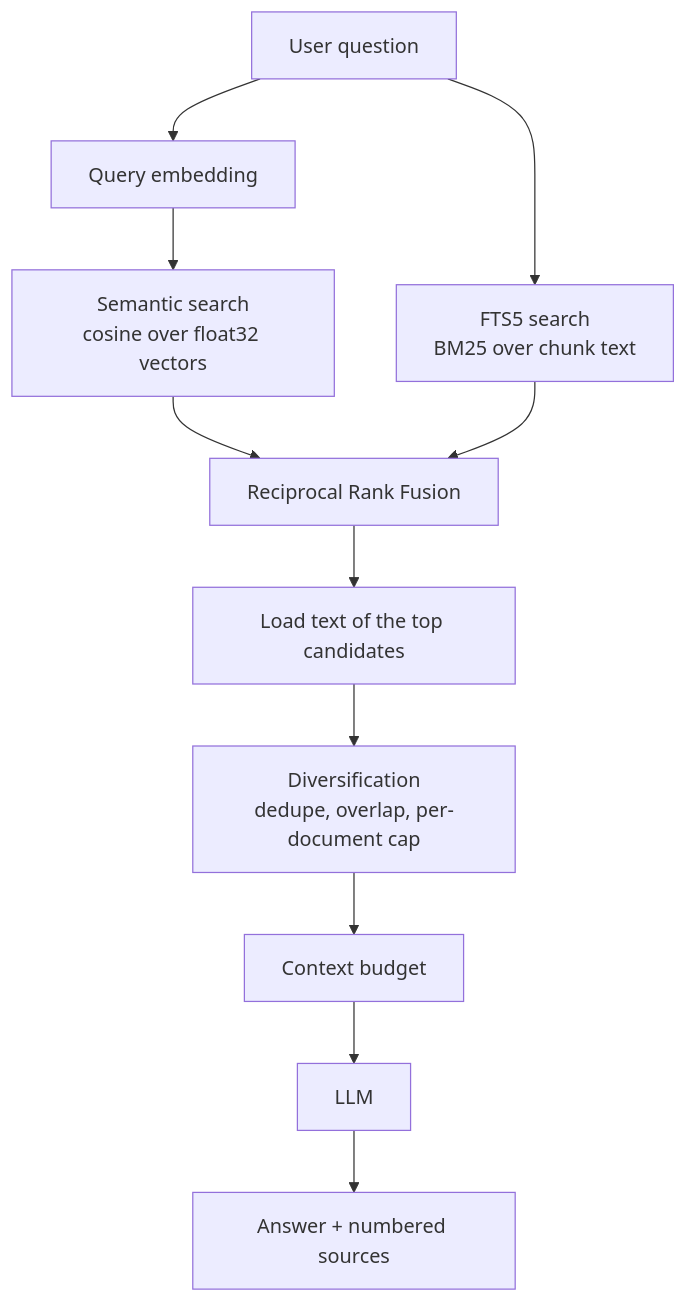
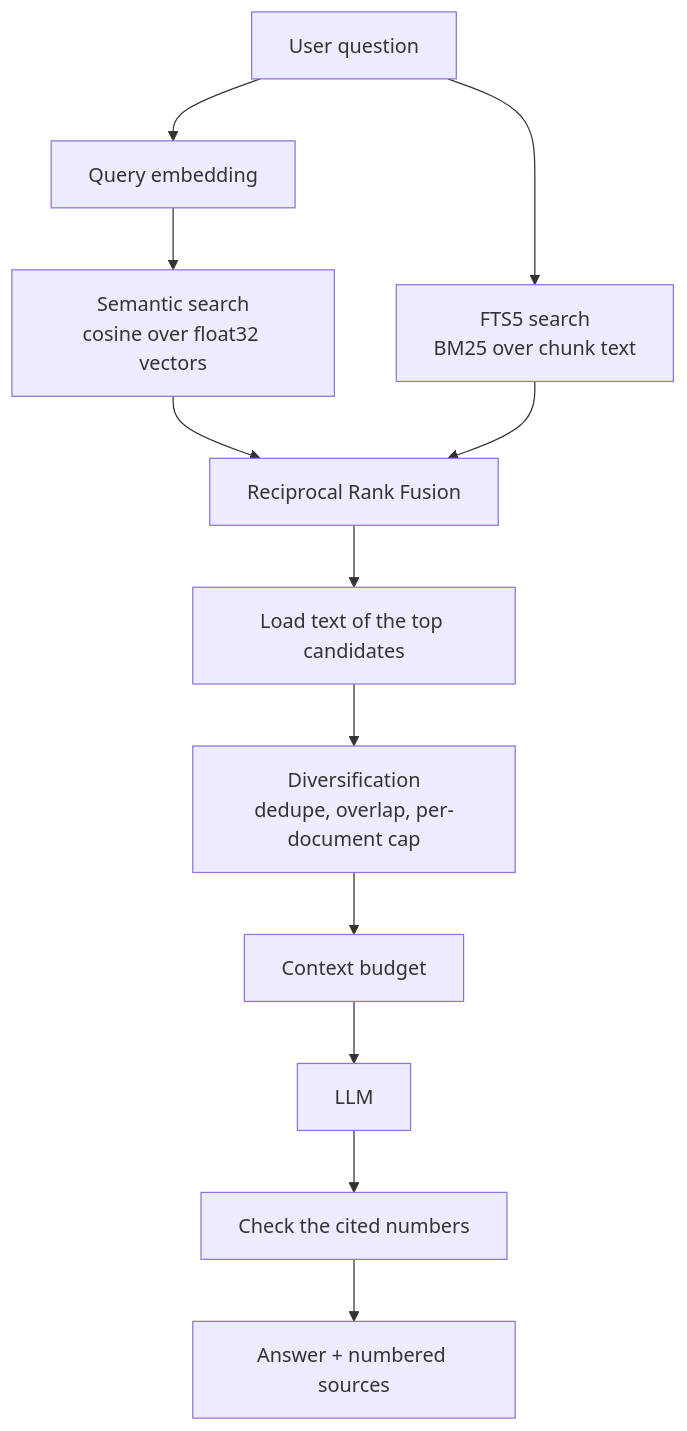
Before and after one commit to AlexTikhon/ai-assistant-tg-bot: the third of 3 diagrams in README.md, drawn with Mermaid. The commit also changed other lines of this file and 109 other files, not shown here.

````diff
--- a/README.md
+++ b/README.md
@@ -117,13 +129,14 @@
 ```mermaid
 flowchart TD
   Q[User question] --> E[Query embedding]
   E --> S[Semantic search<br/>cosine over float32 vectors]
   Q --> F[FTS5 search<br/>BM25 over chunk text]
   S --> R[Reciprocal Rank Fusion]
   F --> R
   R --> L[Load text of the top candidates]
   L --> D[Diversification<br/>dedupe, overlap, per-document cap]
   D --> B[Context budget]
   B --> M[LLM]
-  M --> A[Answer + numbered sources]
+  M --> G[Check the cited numbers]
+  G --> A[Answer + numbered sources]
 ```
````
